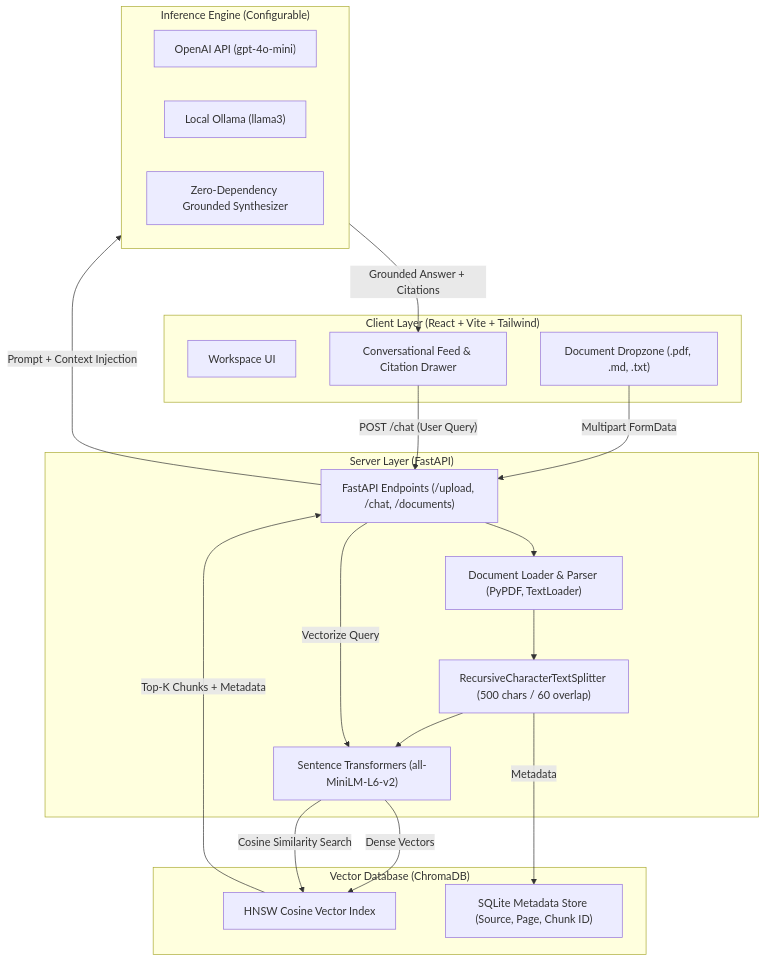
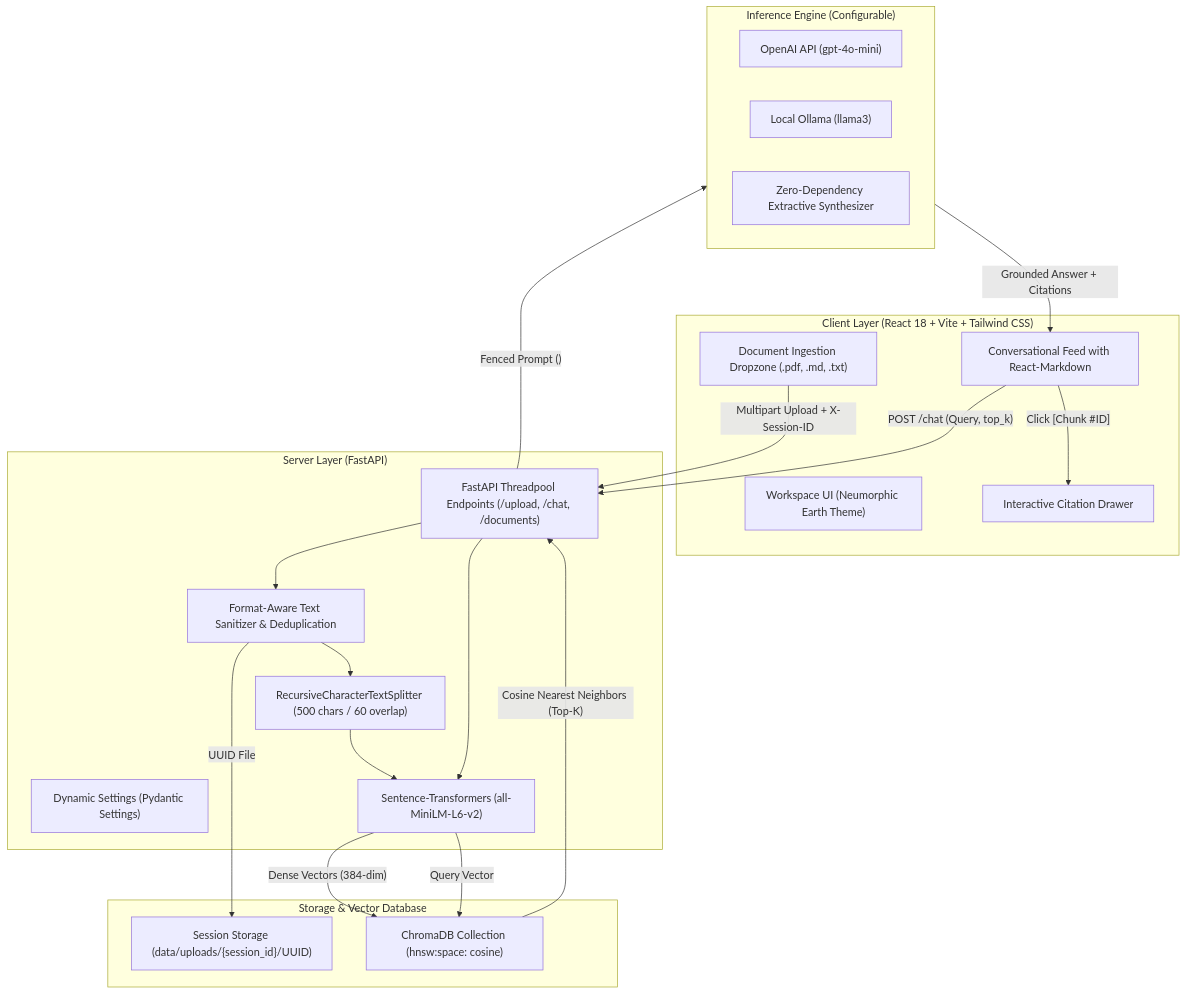
One commit to dinisha-s/ContextVault changed the diagram in README.md. Above: the diagram before and after it, drawn with Mermaid. The commit also changed other lines of this file and 3 other files, not shown here.

````diff
--- a/README.md
+++ b/README.md
@@ -30,40 +31,43 @@
 ```mermaid
 flowchart TD
-    subgraph Client ["Client Layer (React + Vite + Tailwind)"]
-        UI["Workspace UI"]
-        UploadComp["Document Dropzone (.pdf, .md, .txt)"]
-        ChatComp["Conversational Feed & Citation Drawer"]
+    subgraph Client ["Client Layer (React 18 + Vite + Tailwind CSS)"]
+        UI["Workspace UI (Neumorphic Earth Theme)"]
+        UploadComp["Document Ingestion Dropzone (.pdf, .md, .txt)"]
+        ChatComp["Conversational Feed with React-Markdown"]
+        DrawerComp["Interactive Citation Drawer"]
     end
 
     subgraph Backend ["Server Layer (FastAPI)"]
-        API["FastAPI Endpoints (/upload, /chat, /documents)"]
-        Parser["Document Loader & Parser (PyPDF, TextLoader)"]
+        API["FastAPI Threadpool Endpoints (/upload, /chat, /documents)"]
+        Config["Dynamic Settings (Pydantic Settings)"]
+        Sanitizer["Format-Aware Text Sanitizer & Deduplication"]
         Chunker["RecursiveCharacterTextSplitter (500 chars / 60 overlap)"]
-        Embedder["Sentence Transformers (all-MiniLM-L6-v2)"]
+        Embedder["Sentence-Transformers (all-MiniLM-L6-v2)"]
     end
 
-    subgraph Storage ["Vector Database (ChromaDB)"]
-        HNSW["HNSW Cosine Vector Index"]
-        MetaStore["SQLite Metadata Store (Source, Page, Chunk ID)"]
+    subgraph Storage ["Storage & Vector Database"]
+        UploadStore["Session Storage (data/uploads/{session_id}/UUID)"]
+        HNSW["ChromaDB Collection (hnsw:space: cosine)"]
     end
 
     subgraph LLM ["Inference Engine (Configurable)"]
         OpenAI["OpenAI API (gpt-4o-mini)"]
         Ollama["Local Ollama (llama3)"]
-        Fallback["Zero-Dependency Grounded Synthesizer"]
+        Fallback["Zero-Dependency Extractive Synthesizer"]
     end
 
-    UploadComp -->|"Multipart FormData"| API
-    API --> Parser
-    Parser --> Chunker
+    UploadComp -->|"Multipart Upload + X-Session-ID"| API
+    API --> Sanitizer
+    Sanitizer --> Chunker
     Chunker --> Embedder
-    Embedder -->|"Dense Vectors"| HNSW
-    Chunker -->|"Metadata"| MetaStore
+    Embedder -->|"Dense Vectors (384-dim)"| HNSW
+    Sanitizer -->|"UUID File"| UploadStore
 
-    ChatComp -->|"POST /chat (User Query)"| API
-    API -->|"Vectorize Query"| Embedder
-    Embedder -->|"Cosine Similarity Search"| HNSW
-    HNSW -->|"Top-K Chunks + Metadata"| API
-    API -->|"Prompt + Context Injection"| LLM
+    ChatComp -->|"POST /chat (Query, top_k)"| API
+    API --> Embedder
+    Embedder -->|"Query Vector"| HNSW
+    HNSW -->|"Cosine Nearest Neighbors (Top-K)"| API
+    API -->|"Fenced Prompt (<context>)"| LLM
     LLM -->|"Grounded Answer + Citations"| ChatComp
+    ChatComp -->|"Click [Chunk #ID]"| DrawerComp
 ```
````
